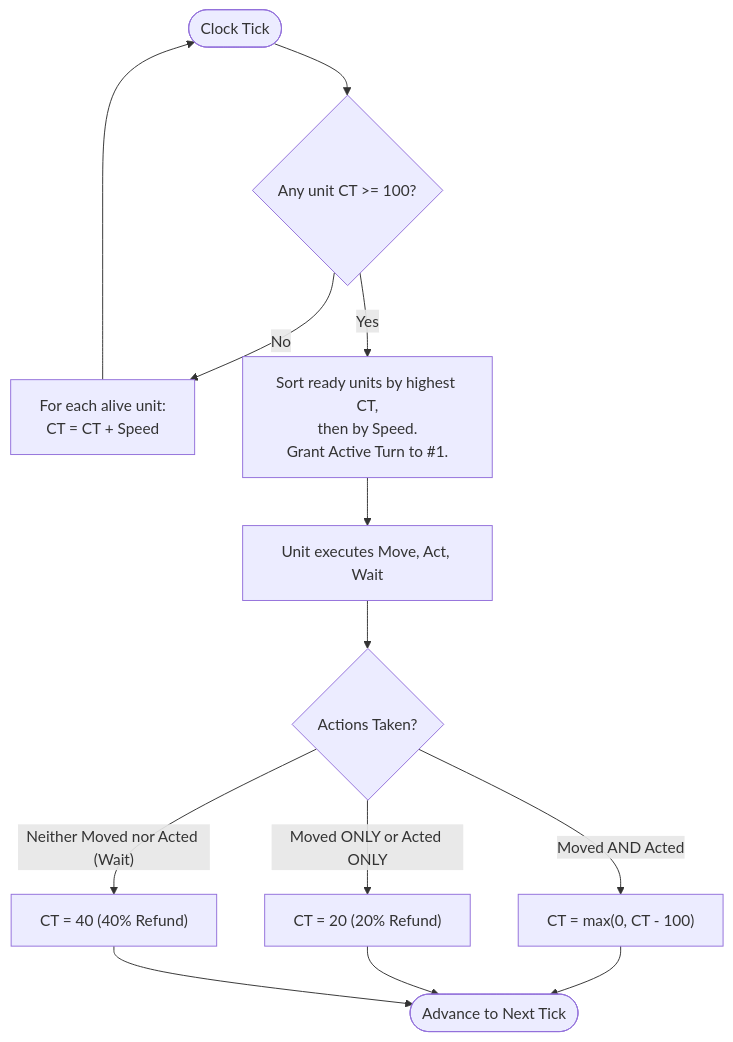
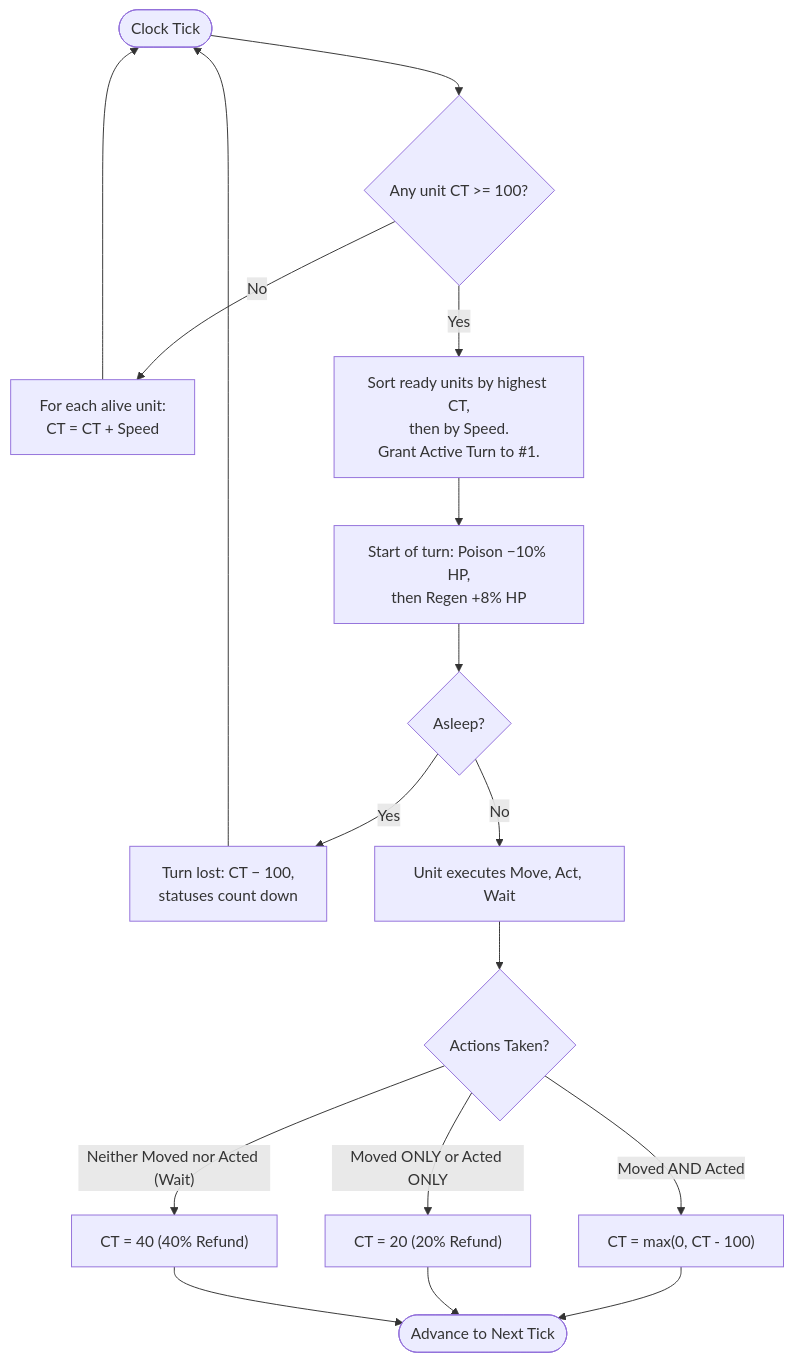
Before and after one commit to CptNope/Chess-RPG-Tactics: the first of 3 diagrams in docs/COMBAT_SYSTEM.md, drawn with Mermaid. The commit also changed other lines of this file and 49 other files, not shown here.

````diff
--- a/docs/COMBAT_SYSTEM.md
+++ b/docs/COMBAT_SYSTEM.md
@@ -11,15 +11,19 @@
 ```mermaid
 flowchart TD
     Start(["Clock Tick"]) --> CheckCT{"Any unit CT >= 100?"}
     CheckCT -- No --> AddSpeed["For each alive unit:<br/>CT = CT + Speed"]
     AddSpeed --> Start
     CheckCT -- Yes --> SelectActive["Sort ready units by highest CT,<br/>then by Speed.<br/>Grant Active Turn to #1."]
-    SelectActive --> TurnAction["Unit executes Move, Act, Wait"]
+    SelectActive --> Tick["Start of turn: Poison −10% HP,<br/>then Regen +8% HP"]
+    Tick --> Asleep{"Asleep?"}
+    Asleep -- Yes --> Lost["Turn lost: CT − 100,<br/>statuses count down"]
+    Lost --> Start
+    Asleep -- No --> TurnAction["Unit executes Move, Act, Wait"]
     TurnAction --> CalculateRefund{"Actions Taken?"}
     CalculateRefund -- "Moved AND Acted" --> Refund0["CT = max(0, CT - 100)"]
     CalculateRefund -- "Moved ONLY or Acted ONLY" --> Refund20["CT = 20 (20% Refund)"]
     CalculateRefund -- "Neither Moved nor Acted (Wait)" --> Refund40["CT = 40 (40% Refund)"]
     Refund0 --> Advance(["Advance to Next Tick"])
     Refund20 --> Advance
     Refund40 --> Advance
 ```
````
